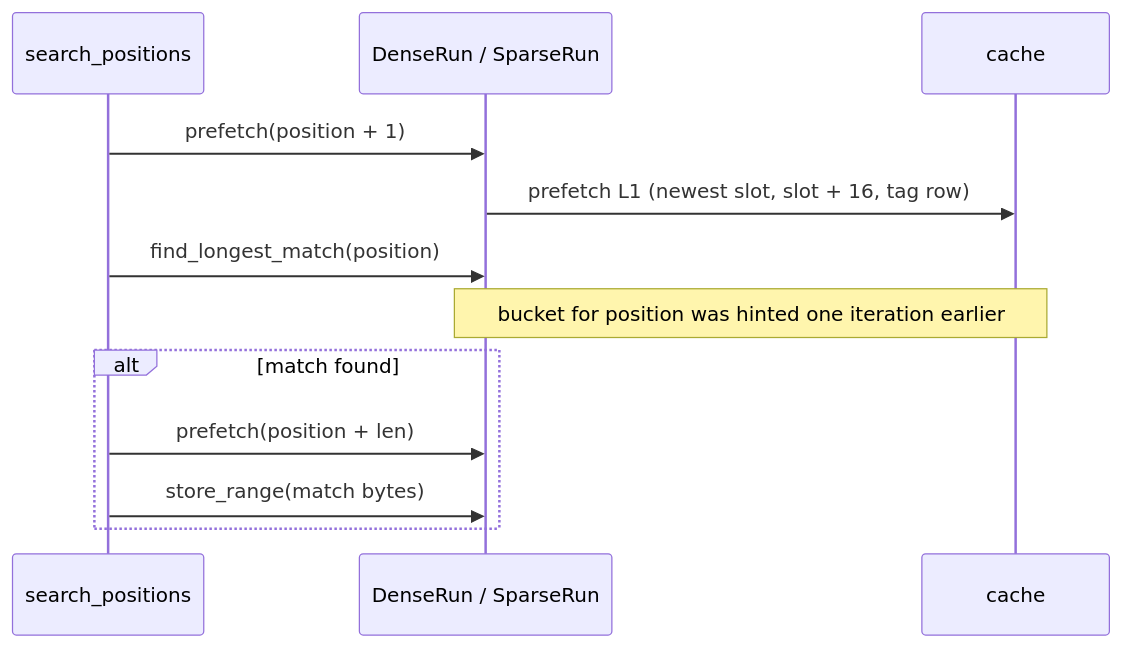
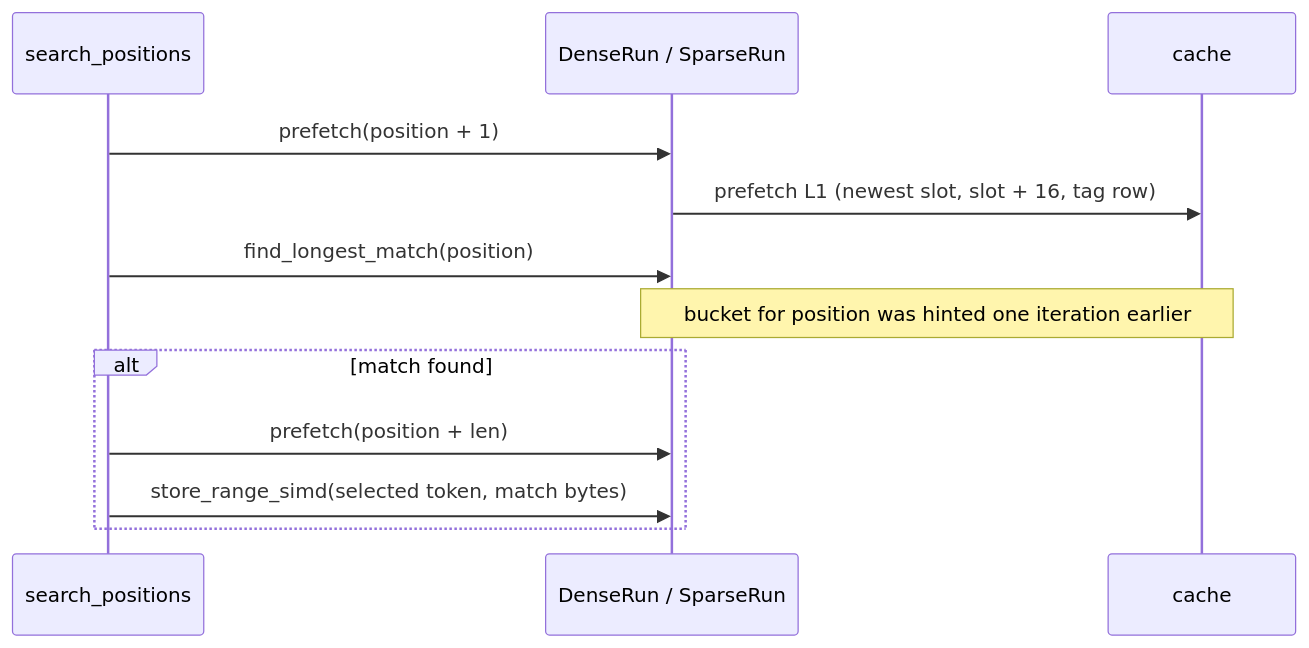
Diagram 14 of 24 in architecture/greedy-encoder.md (M-Compressors/mbrotli), drawn with Mermaid before and after one commit. The commit also changed other lines of this file and 186 other files, not shown here.

````diff
--- a/architecture/greedy-encoder.md
+++ b/architecture/greedy-encoder.md
@@ -727,14 +807,14 @@
 ```mermaid
 sequenceDiagram
     participant L as search_positions
     participant R as DenseRun / SparseRun
     participant C as cache
     L->>R: prefetch(position + 1)
     R->>C: prefetch L1 (newest slot, slot + 16, tag row)
     L->>R: find_longest_match(position)
     Note over R,C: bucket for position was hinted one iteration earlier
     alt match found
         L->>R: prefetch(position + len)
-        L->>R: store_range(match bytes)
+        L->>R: store_range_simd(selected token, match bytes)
     end
 ```
````
